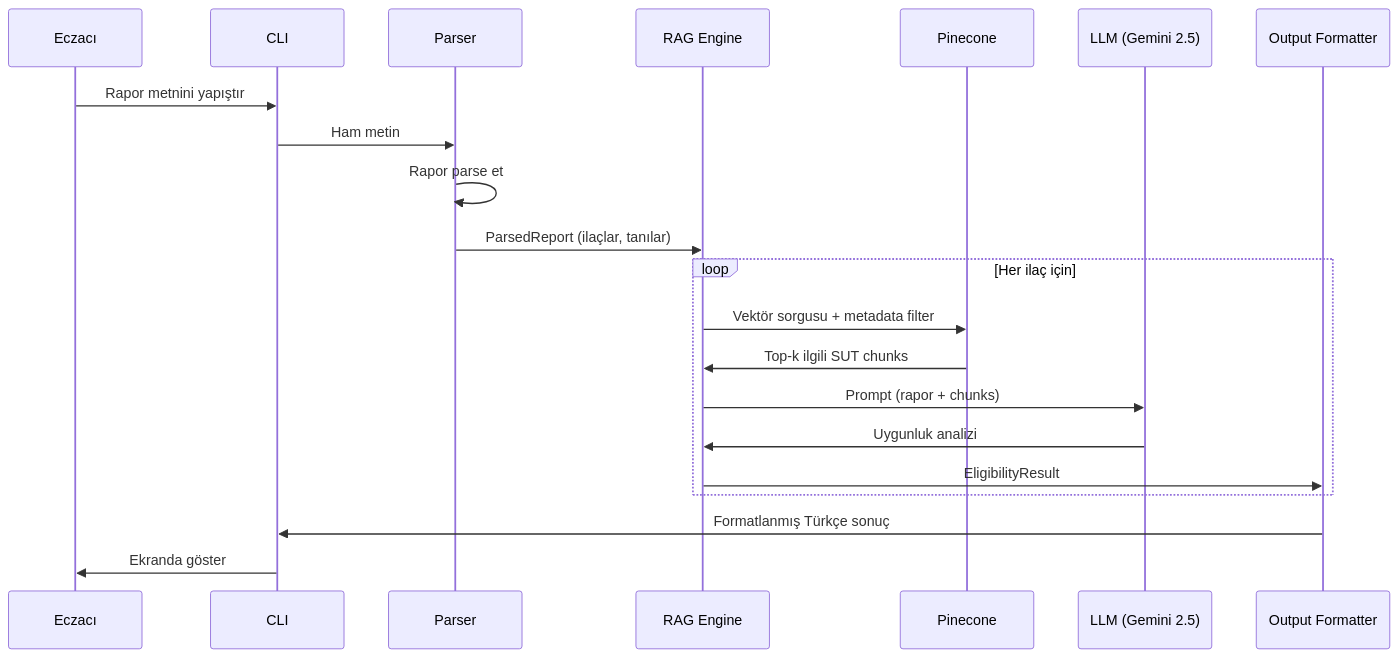
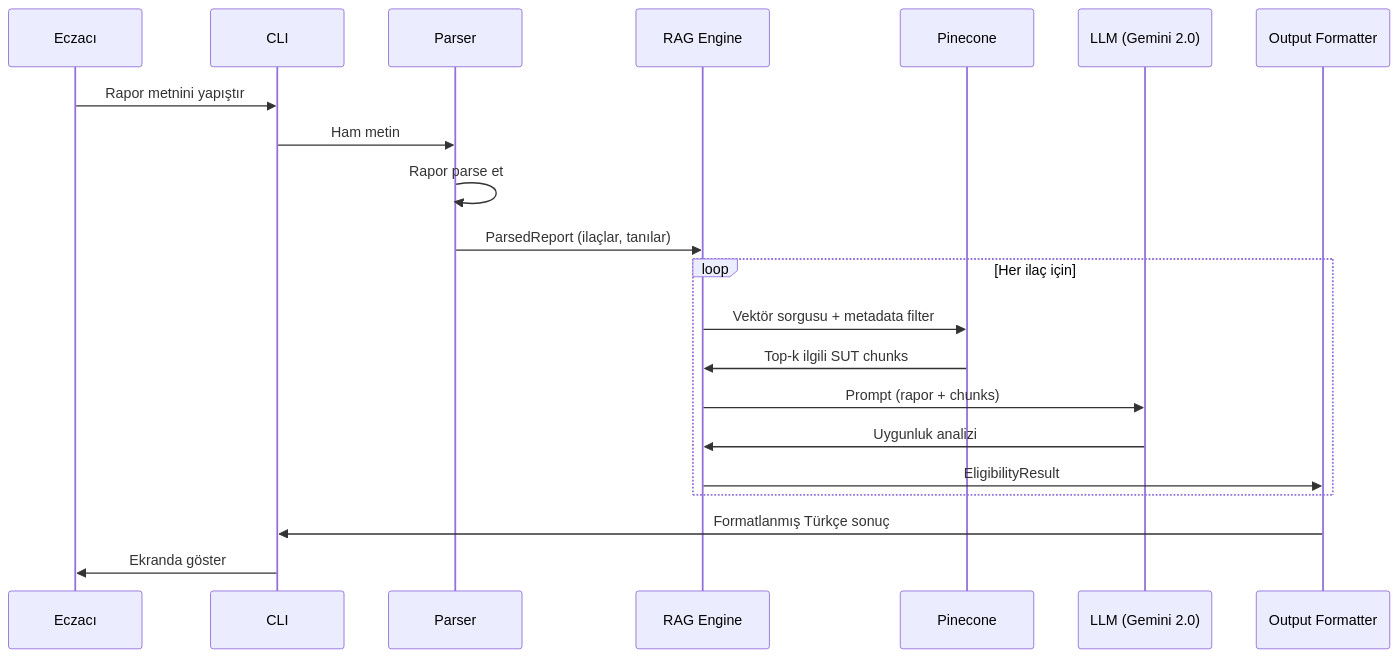
The second of 2 diagrams in architecture.md (ozgurgulsoy/Pharmacy-Agent), drawn with Mermaid before and after one commit. The commit also changed other lines of this file and 1 other file, not shown here.

Commit message:
feat: Update LLM model to Google Gemini 2.0 for improved performance and consistency across documentation

````diff
--- a/architecture.md
+++ b/architecture.md
@@ -321,26 +321,26 @@
 ```mermaid
 sequenceDiagram
     participant E as Eczacı
     participant C as CLI
     participant P as Parser
     participant R as RAG Engine
     participant V as Pinecone
-    participant L as LLM (Gemini 2.5)
+    participant L as LLM (Gemini 2.0)
     participant O as Output Formatter
     
     E->>C: Rapor metnini yapıştır
     C->>P: Ham metin
     P->>P: Rapor parse et
     P->>R: ParsedReport (ilaçlar, tanılar)
     
     loop Her ilaç için
         R->>V: Vektör sorgusu + metadata filter
         V->>R: Top-k ilgili SUT chunks
         R->>L: Prompt (rapor + chunks)
         L->>R: Uygunluk analizi
         R->>O: EligibilityResult
     end
     
     O->>C: Formatlanmış Türkçe sonuç
     C->>E: Ekranda göster
 ```
````
